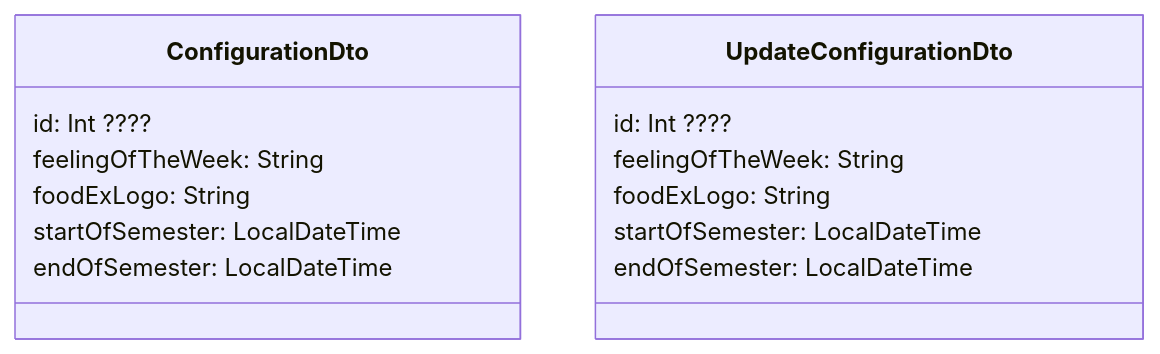
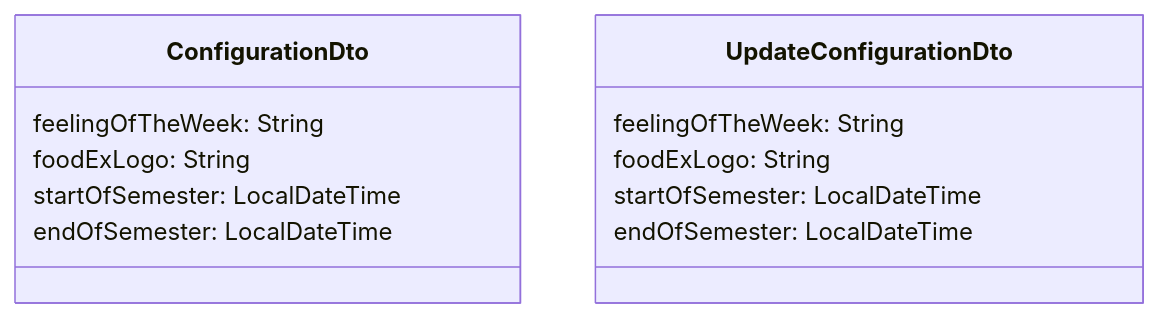
Before and after one commit to kir-dev/foodex-web: the eighth of 9 diagrams in Upgrade backend TERV.md, drawn with Mermaid. The commit also changed other lines of this file, not shown here.

````diff
--- a/Upgrade backend TERV.md
+++ b/Upgrade backend TERV.md
@@ -212,19 +206,17 @@
 ```mermaid
 classDiagram
 
 class ConfigurationDto {
-    id: Int ????
     feelingOfTheWeek: String
     foodExLogo: String
     startOfSemester: LocalDateTime
     endOfSemester: LocalDateTime
 }
 
 class UpdateConfigurationDto {
-    id: Int ????
     feelingOfTheWeek: String
     foodExLogo: String
     startOfSemester: LocalDateTime
     endOfSemester: LocalDateTime
 }
 ```
````
